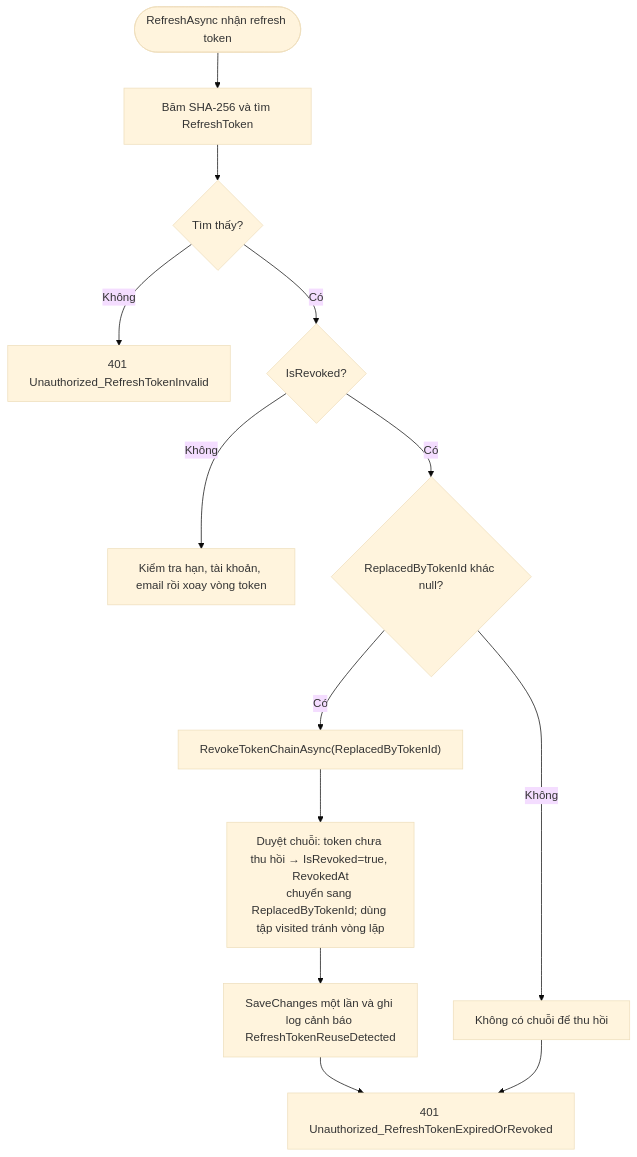
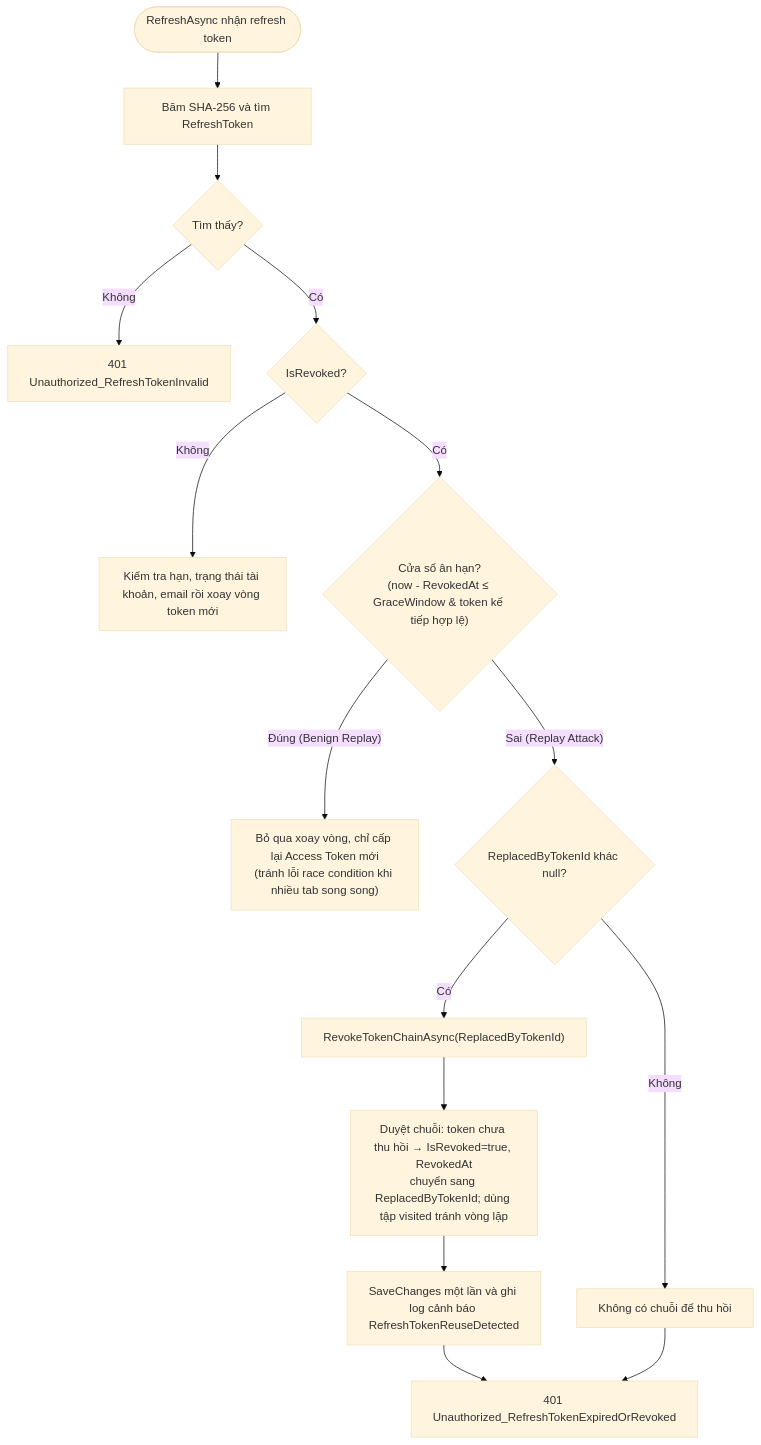
Before and after one commit to nguyenhiennnnn/cinema-v2: the diagram in docs/so-do/mermaid/hinh-4-45.mmd, drawn with Mermaid (base theme). The commit also changed 97 other files, not shown here.

```diff
--- a/docs/so-do/mermaid/hinh-4-45.mmd
+++ b/docs/so-do/mermaid/hinh-4-45.mmd
@@ -1,13 +1,15 @@
 flowchart TD
   A(["RefreshAsync nhận refresh token"]) --> B["Băm SHA-256 và tìm RefreshToken"]
   B --> C{"Tìm thấy?"}
   C -- Không --> X1["401 Unauthorized_RefreshTokenInvalid"]
   C -- Có --> D{"IsRevoked?"}
-  D -- Không --> E["Kiểm tra hạn, tài khoản, email rồi xoay vòng token"]
-  D -- Có --> F{"ReplacedByTokenId khác null?"}
+  D -- Không --> E["Kiểm tra hạn, trạng thái tài khoản, email rồi xoay vòng token mới"]
+  D -- Có --> G1{"Cửa sổ ân hạn?<br/>(now - RevokedAt &le; GraceWindow & token kế tiếp hợp lệ)"}
+  G1 -- Đúng (Benign Replay) --> G2["Bỏ qua xoay vòng, chỉ cấp lại Access Token mới<br/>(tránh lỗi race condition khi nhiều tab song song)"]
+  G1 -- Sai (Replay Attack) --> F{"ReplacedByTokenId khác null?"}
   F -- Có --> G["RevokeTokenChainAsync(ReplacedByTokenId)"]
-  G --> H["Duyệt chuỗi: token chưa thu hồi → IsRevoked=true, RevokedAt<br/>chuyển sang ReplacedByTokenId; dùng tập visited tránh vòng lặp"]
+  G --> H["Duyệt chuỗi: token chưa thu hồi &rarr; IsRevoked=true, RevokedAt<br/>chuyển sang ReplacedByTokenId; dùng tập visited tránh vòng lặp"]
   H --> I["SaveChanges một lần và ghi log cảnh báo RefreshTokenReuseDetected"]
   F -- Không --> J["Không có chuỗi để thu hồi"]
   I --> K["401 Unauthorized_RefreshTokenExpiredOrRevoked"]
   J --> K
```
